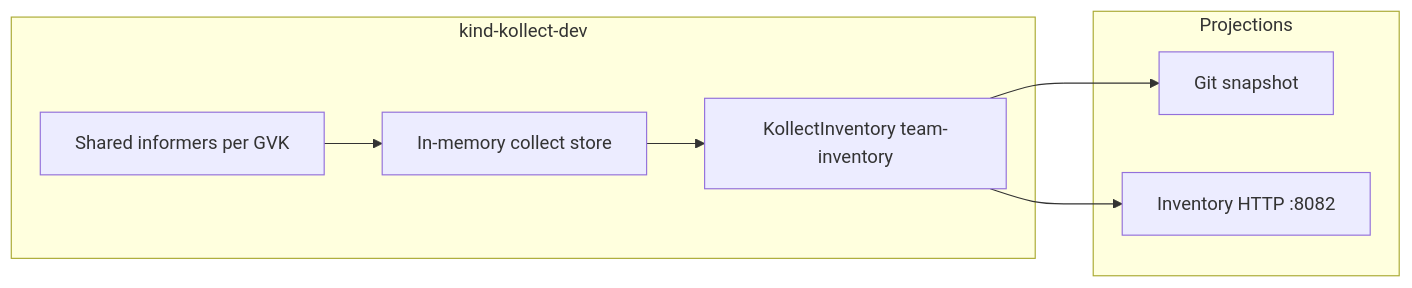
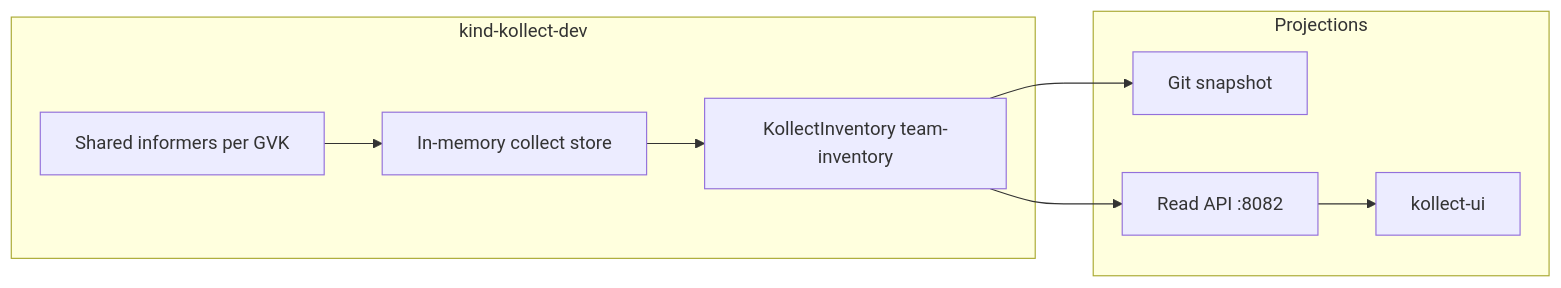
The diagram in hack/demo/kind-wide-scope/README.md (konih/kollect), drawn with Mermaid before and after one commit. The commit also changed other lines of this file and 39 other files, not shown here.

````diff
--- a/hack/demo/kind-wide-scope/README.md
+++ b/hack/demo/kind-wide-scope/README.md
@@ -27,15 +61,17 @@
 ```mermaid
 flowchart LR
   subgraph cluster [kind-kollect-dev]
     INF[Shared informers per GVK]
     STORE[In-memory collect store]
     INV[KollectInventory team-inventory]
     INF --> STORE --> INV
   end
   subgraph sinks [Projections]
     GIT[Git snapshot]
-    HTTP[Inventory HTTP :8082]
+    UI[kollect-ui]
+    HTTP[Read API :8082]
   end
   INV --> GIT
   INV --> HTTP
+  HTTP --> UI
 ```
````
